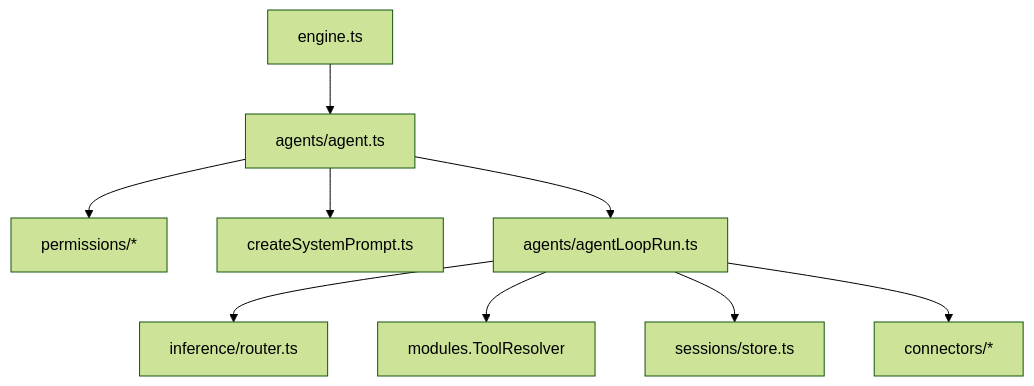
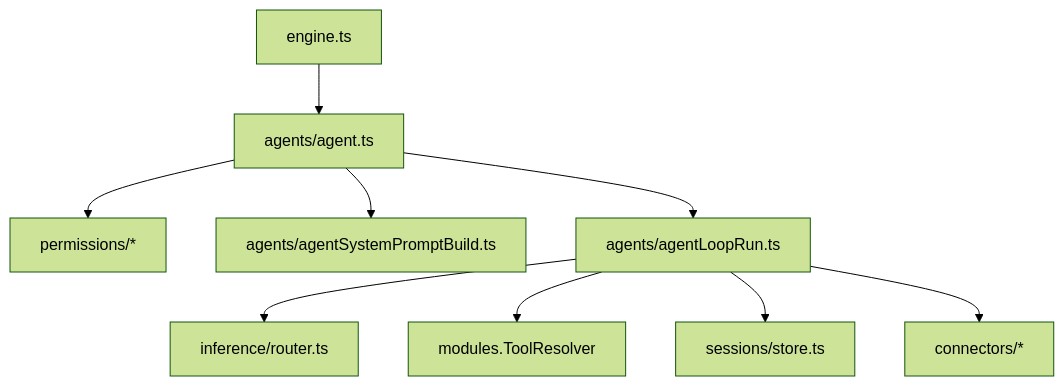
One commit to ex3ndr/claybot changed the diagram in docs/engine-agent.md. Above: the diagram before and after it, drawn with Mermaid (forest theme). The commit also changed 4 other files, not shown here.

Commit message:
refactor(agents): move system prompt builder

````diff
--- a/docs/engine-agent.md
+++ b/docs/engine-agent.md
@@ -9,11 +9,11 @@
 ```mermaid
 flowchart TD
   Engine[engine.ts] --> Agent[agents/agent.ts]
   Agent --> Perms[permissions/*]
-  Agent --> Prompt[createSystemPrompt.ts]
+  Agent --> Prompt[agents/agentSystemPromptBuild.ts]
   Agent --> Loop[agents/agentLoopRun.ts]
   Loop --> Inference[inference/router.ts]
   Loop --> Tools[modules.ToolResolver]
   Loop --> Store[sessions/store.ts]
   Loop --> Connector[connectors/*]
 ```
````
